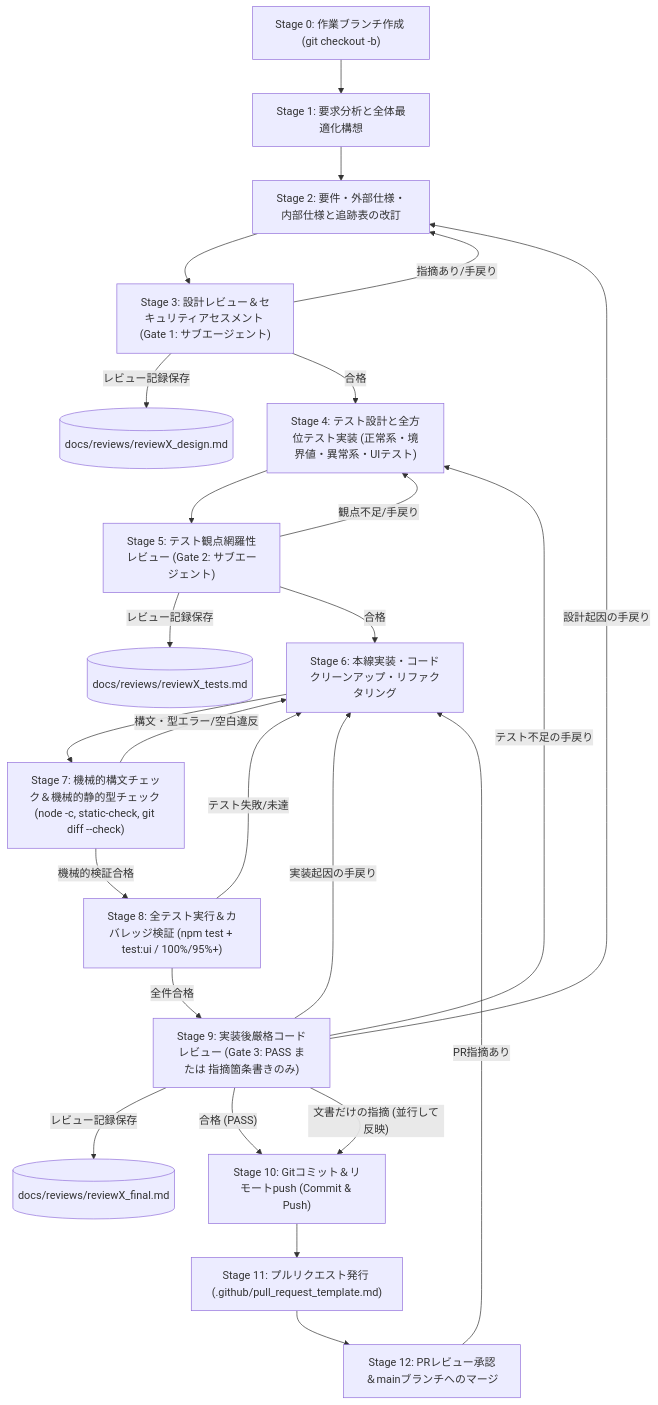
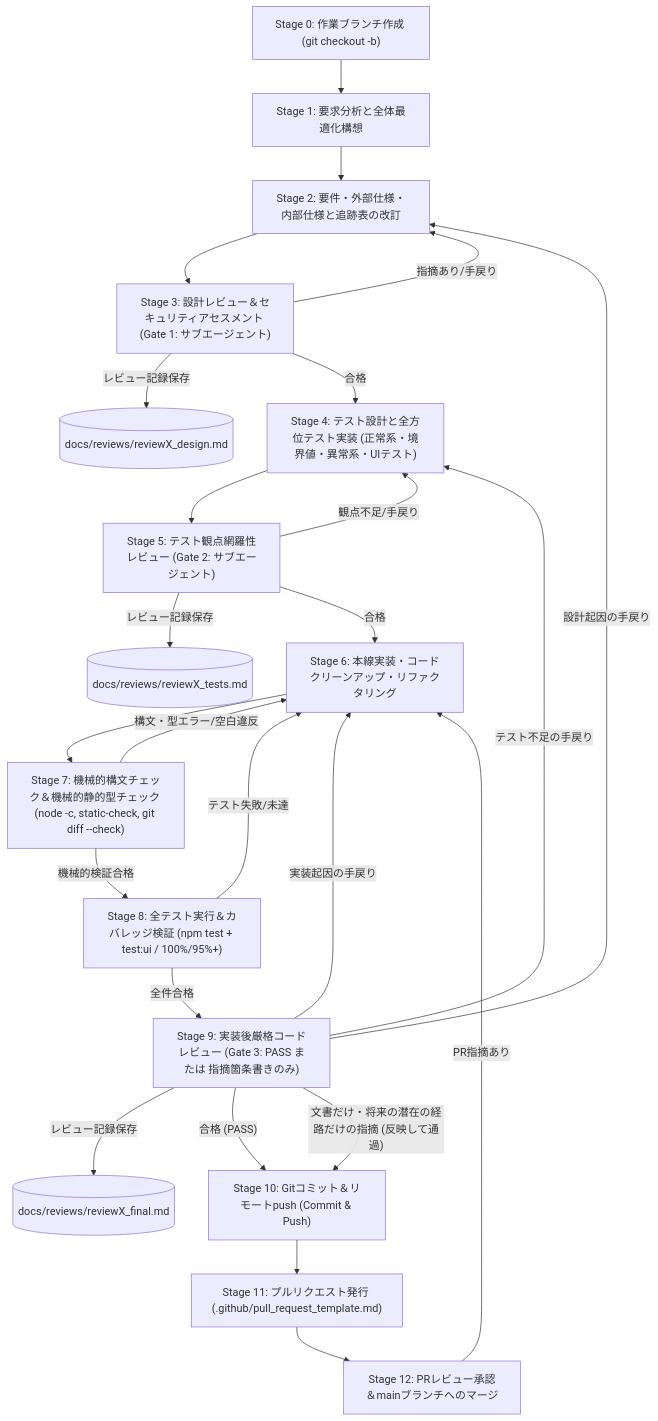
Before and after one commit to tekuteku-life/kogaidocs: the first of 2 diagrams in docs/development_process.md, drawn with Mermaid. The commit also changed other lines of this file, not shown here.

````diff
--- a/docs/development_process.md
+++ b/docs/development_process.md
@@ -44,27 +44,27 @@
 ```mermaid
 flowchart TD
 	S0["Stage 0: 作業ブランチ作成 (git checkout -b)"] --> S1["Stage 1: 要求分析と全体最適化構想"]
 	S1 --> S2["Stage 2: 要件・外部仕様・内部仕様と追跡表の改訂"]
 	S2 --> S3["Stage 3: 設計レビュー＆セキュリティアセスメント (Gate 1: サブエージェント)"]
 	S3 -->|レビュー記録保存| D1[("docs/reviews/reviewX_design.md")]
 	S3 -- "指摘あり/手戻り" --> S2
 	S3 -- "合格" --> S4["Stage 4: テスト設計と全方位テスト実装 (正常系・境界値・異常系・UIテスト)"]
 	S4 --> S5["Stage 5: テスト観点網羅性レビュー (Gate 2: サブエージェント)"]
 	S5 -->|レビュー記録保存| D2[("docs/reviews/reviewX_tests.md")]
 	S5 -- "観点不足/手戻り" --> S4
 	S5 -- "合格" --> S6["Stage 6: 本線実装・コードクリーンアップ・リファクタリング"]
 	S6 --> S7["Stage 7: 機械的構文チェック＆機械的静的型チェック (node -c, static-check, git diff --check)"]
 	S7 -- "構文・型エラー/空白違反" --> S6
 	S7 -- "機械的検証合格" --> S8["Stage 8: 全テスト実行＆カバレッジ検証 (npm test + test:ui / 100%/95%+)"]
 	S8 -- "テスト失敗/未達" --> S6
 	S8 -- "全件合格" --> S9["Stage 9: 実装後厳格コードレビュー (Gate 3: PASS または 指摘箇条書きのみ)"]
 	S9 -->|レビュー記録保存| D3[("docs/reviews/reviewX_final.md")]
 	S9 -- "設計起因の手戻り" --> S2
 	S9 -- "テスト不足の手戻り" --> S4
 	S9 -- "実装起因の手戻り" --> S6
 	S9 -- "合格 (PASS)" --> S10["Stage 10: Gitコミット＆リモートpush (Commit & Push)"]
-	S9 -- "文書だけの指摘 (並行して反映)" --> S10
+	S9 -- "文書だけ・将来の潜在の経路だけの指摘 (反映して通過)" --> S10
 	S10 --> S11["Stage 11: プルリクエスト発行 (.github/pull_request_template.md)"]
 	S11 --> S12["Stage 12: PRレビュー承認＆mainブランチへのマージ"]
 	S12 -- "PR指摘あり" --> S6
 ```
````
